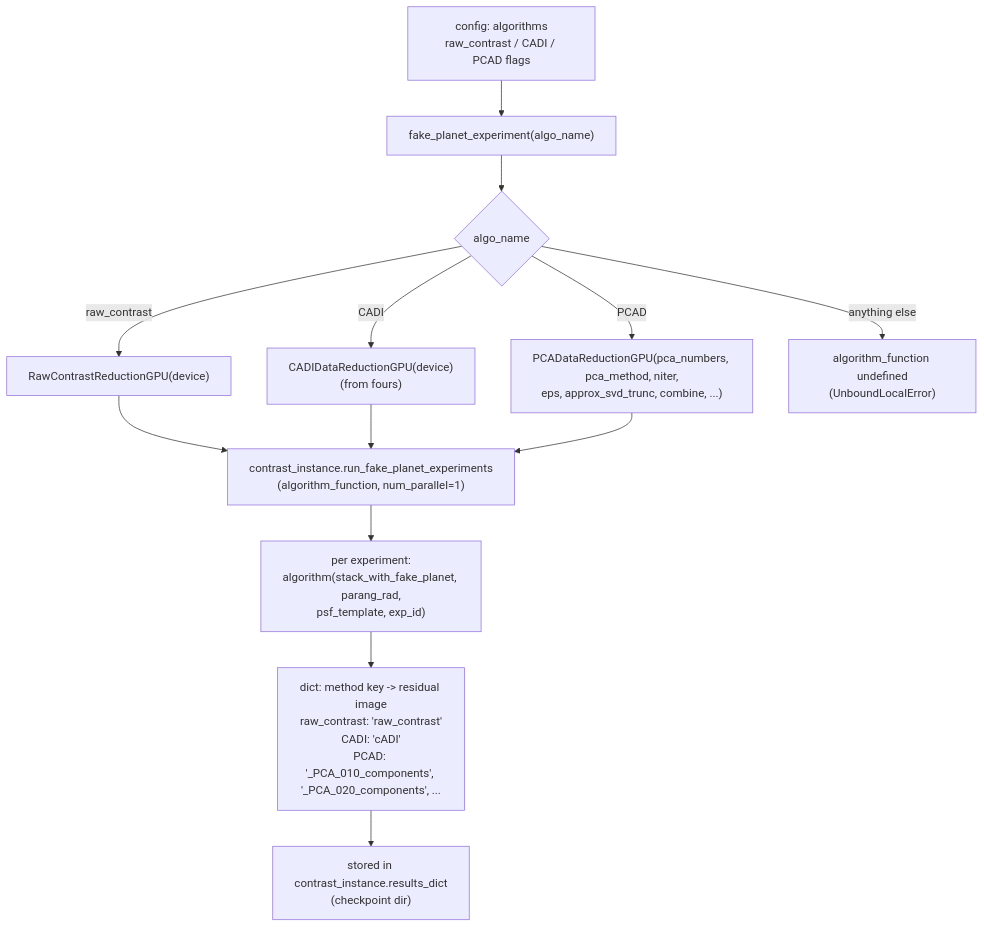
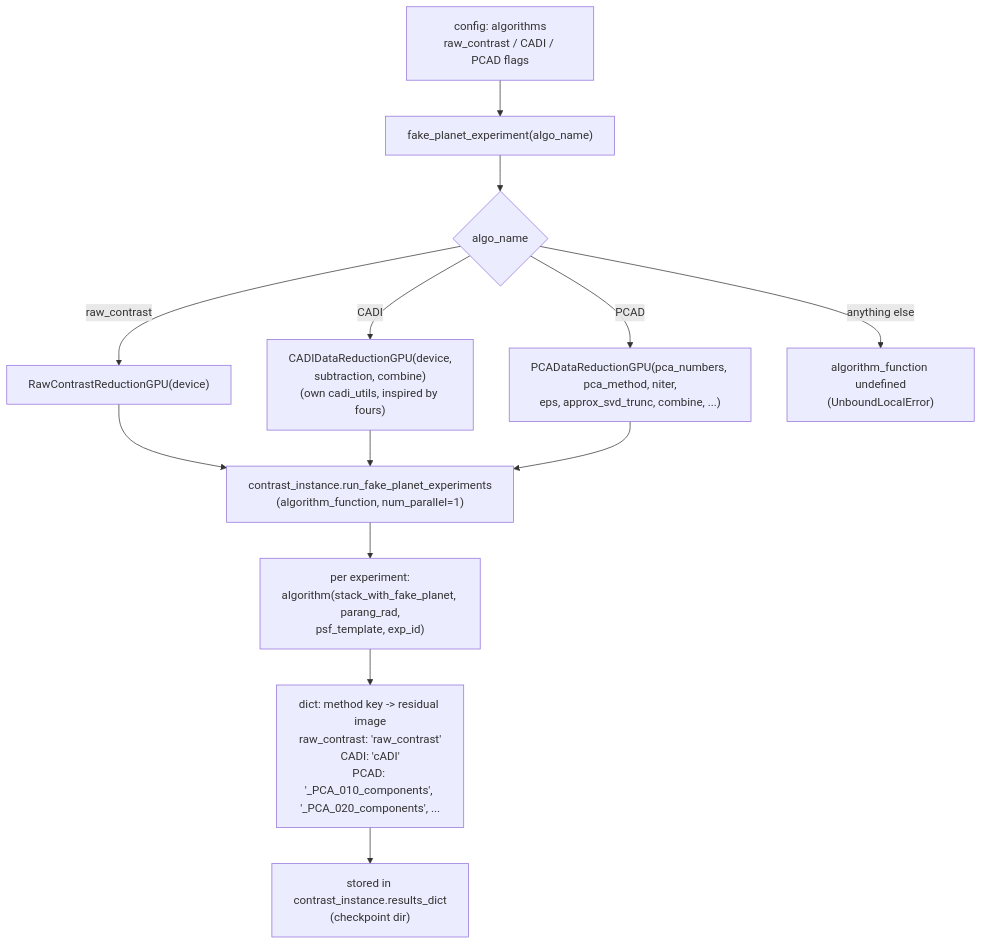
The second of 5 diagrams in src/pipeline_ADI/README.md (noah-bns/ESO_internship), drawn with Mermaid before and after one commit. The commit also changed other lines of this file and 5 other files, not shown here.

Commit message:
cadi change: subtraction and combine optional arguments

````diff
--- a/src/pipeline_ADI/README.md
+++ b/src/pipeline_ADI/README.md
@@ -84,15 +84,15 @@
 ```mermaid
 flowchart TD
     CFG["config: algorithms<br/>raw_contrast / CADI / PCAD flags"] --> FPE["fake_planet_experiment(algo_name)"]
     FPE --> SW{"algo_name"}
     SW -- "raw_contrast" --> RC["RawContrastReductionGPU(device)"]
-    SW -- "CADI" --> CA["CADIDataReductionGPU(device)<br/>(from fours)"]
+    SW -- "CADI" --> CA["CADIDataReductionGPU(device,<br/>subtraction, combine)<br/>(own cadi_utils, inspired by fours)"]
     SW -- "PCAD" --> PC["PCADataReductionGPU(pca_numbers, pca_method, niter,<br/>eps, approx_svd_trunc, combine, ...)"]
     SW -- "anything else" --> ERR["algorithm_function undefined<br/>(UnboundLocalError)"]
     RC --> RUN["contrast_instance.run_fake_planet_experiments<br/>(algorithm_function, num_parallel=1)"]
     CA --> RUN
     PC --> RUN
     RUN --> CALL["per experiment:<br/>algorithm(stack_with_fake_planet, parang_rad,<br/>psf_template, exp_id)"]
     CALL --> RES["dict: method key -> residual image<br/>raw_contrast: 'raw_contrast'<br/>CADI: 'cADI'<br/>PCAD: '_PCA_010_components', '_PCA_020_components', ..."]
     RES --> STORE["stored in contrast_instance.results_dict<br/>(checkpoint dir)"]
 ```
````
